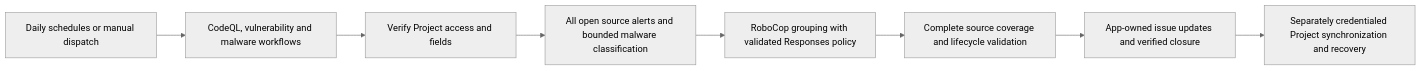
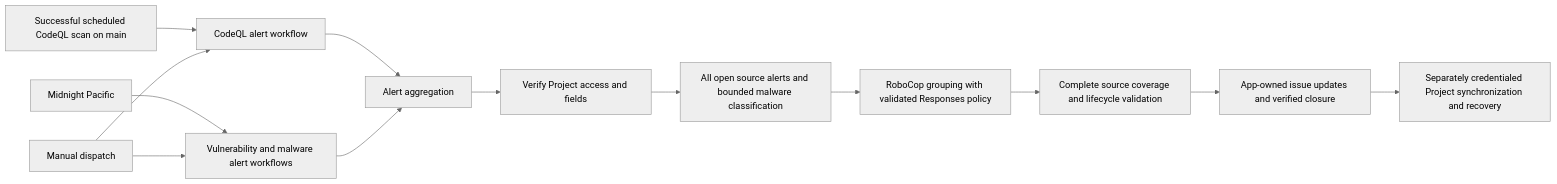
Before and after one commit to VanillaIceCube/MacroMapper: the third of 4 diagrams in .github/workflows/README.md, drawn with Mermaid (neutral theme). The commit also changed other lines of this file and 6 other files, not shown here.

Commit message:
Run nightly CodeQL before alert tracking

````diff
--- a/.github/workflows/README.md
+++ b/.github/workflows/README.md
@@ -626,10 +626,13 @@
 ```mermaid
 flowchart LR
-  Schedule[Daily schedules or manual dispatch] --> Feeds[CodeQL, vulnerability and malware workflows]
+  Scan[Successful scheduled CodeQL scan on main] --> CodeQLFeed[CodeQL alert workflow]
+  Schedule[Midnight Pacific] --> DependencyFeeds[Vulnerability and malware alert workflows]
+  Manual[Manual dispatch] --> CodeQLFeed & DependencyFeeds
+  CodeQLFeed & DependencyFeeds --> Feeds[Alert aggregation]
   Feeds --> Preflight[Verify Project access and fields]
   Preflight --> Source[All open source alerts and bounded malware classification]
   Source --> Robo[RoboCop grouping with validated Responses policy]
   Robo --> Validate[Complete source coverage and lifecycle validation]
   Validate --> Issues[App-owned issue updates and verified closure]
   Issues --> Project[Separately credentialed Project synchronization and recovery]
 ```
````
